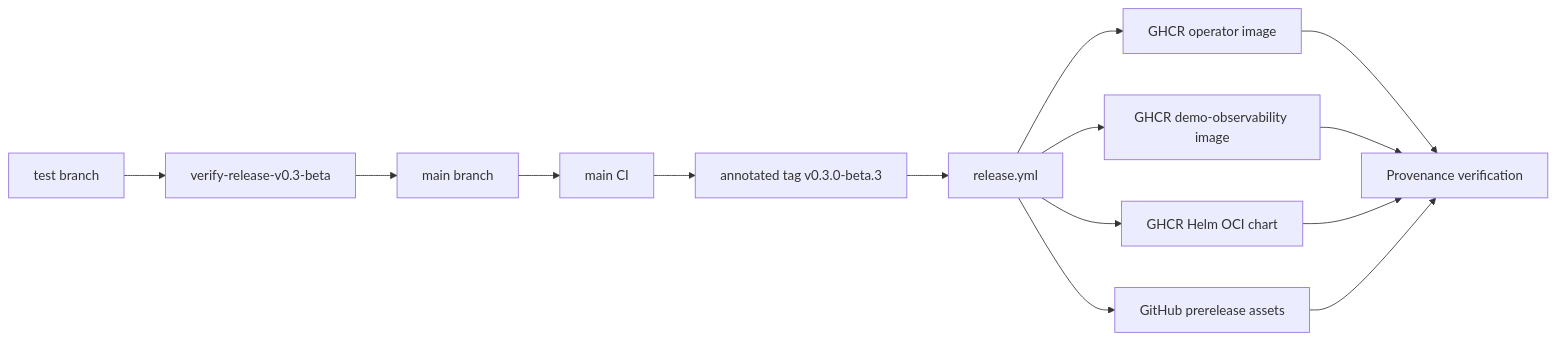
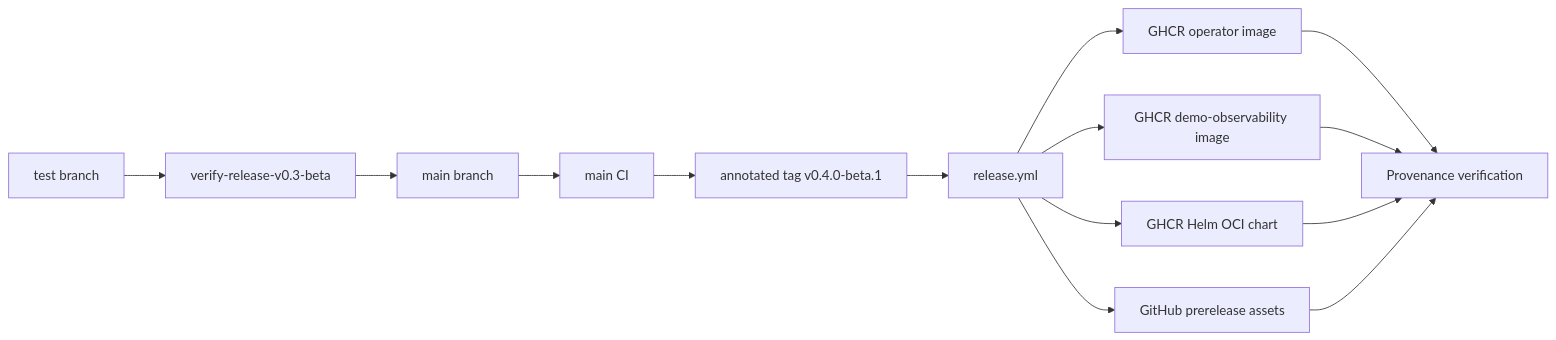
Before and after one commit to FluxSeer/fluxseer-rca: diagram 17 of 18 in docs/architecture/mermaid-diagrams.md, drawn with Mermaid. The commit also changed other lines of this file and 35 other files, not shown here.

````diff
--- a/docs/architecture/mermaid-diagrams.md
+++ b/docs/architecture/mermaid-diagrams.md
@@ -865,28 +865,28 @@
 ```mermaid
 flowchart LR
     TestBranch[test branch]
     MainBranch[main branch]
     Gate[verify-release-v0.3-beta]
     MainCI[main CI]
-    Tag[annotated tag v0.3.0-beta.3]
+    Tag[annotated tag v0.4.0-beta.1]
     ReleaseWF[release.yml]
     Operator[GHCR operator image]
     Demo[GHCR demo-observability image]
     Chart[GHCR Helm OCI chart]
     GitHubRelease[GitHub prerelease assets]
     Provenance[Provenance verification]
 
     TestBranch --> Gate
     Gate --> MainBranch
     MainBranch --> MainCI
     MainCI --> Tag
     Tag --> ReleaseWF
     ReleaseWF --> Operator
     ReleaseWF --> Demo
     ReleaseWF --> Chart
     ReleaseWF --> GitHubRelease
     Operator --> Provenance
     Demo --> Provenance
     Chart --> Provenance
     GitHubRelease --> Provenance
 ```
````
